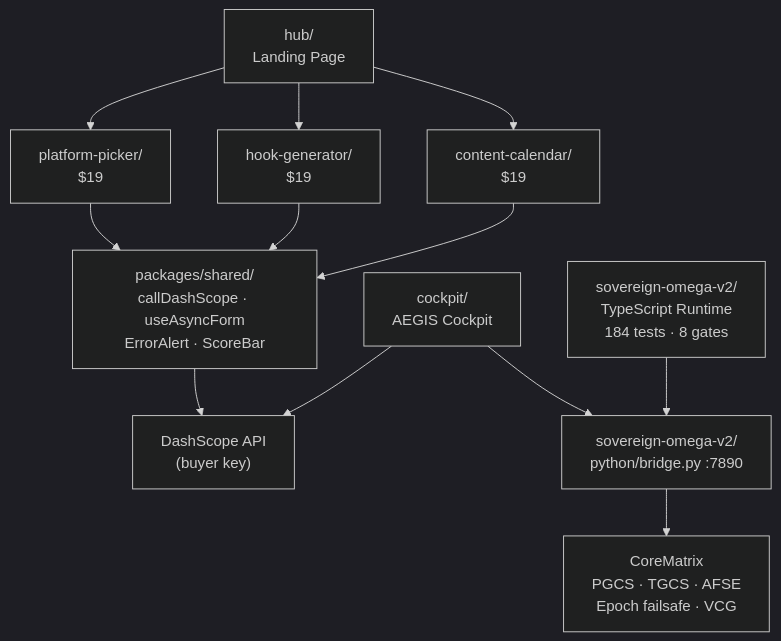
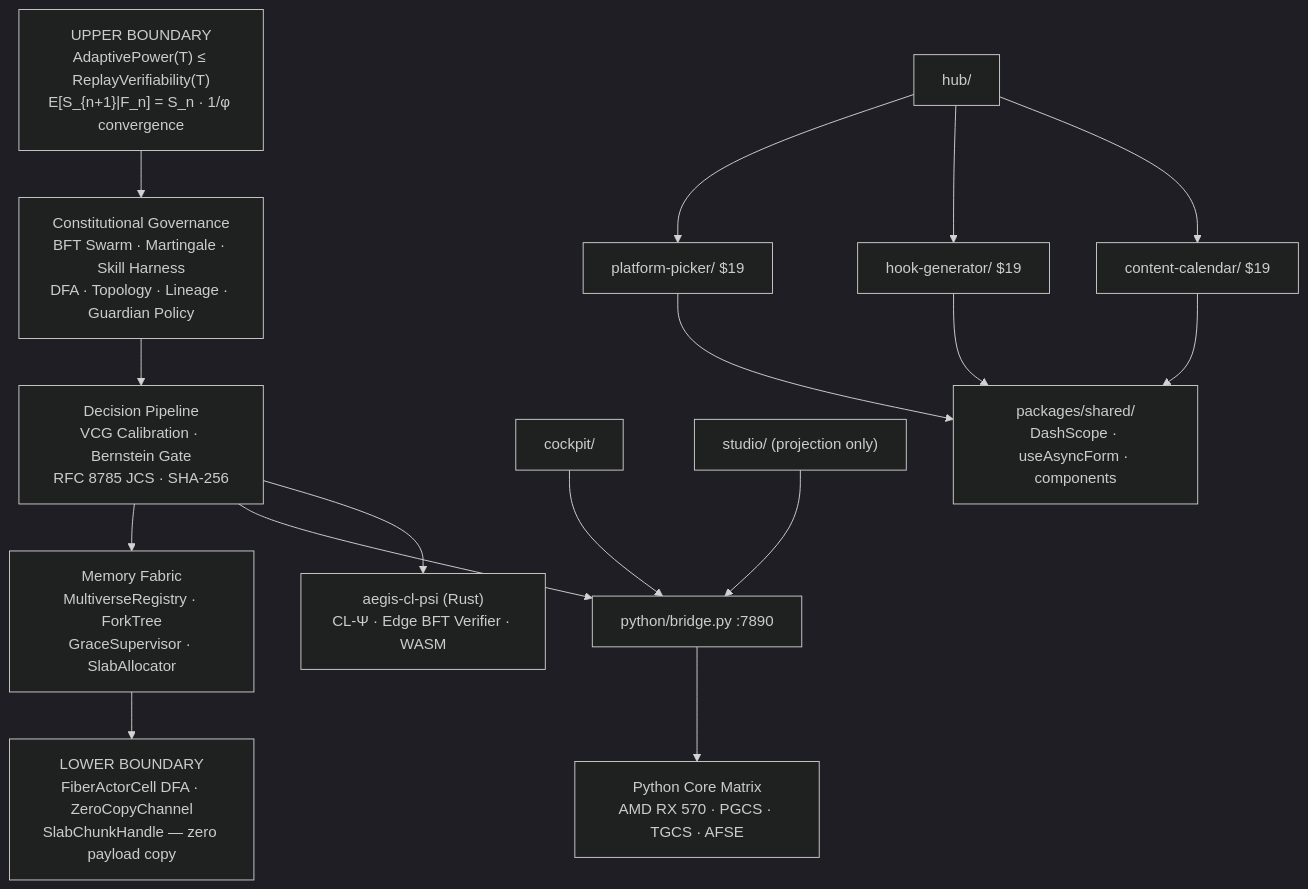
Before and after one commit to tarikskalic33/myapp: the diagram in README.md, drawn with Mermaid (dark theme). The commit also changed other lines of this file and 7 other files, not shown here.

````diff
--- a/README.md
+++ b/README.md
@@ -121,20 +162,21 @@
 ```mermaid
 graph TD
-    HUB["hub/<br/>Landing Page"]
-    HUB --> PP["platform-picker/<br/>$19"]
-    HUB --> HG["hook-generator/<br/>$19"]
-    HUB --> CC["content-calendar/<br/>$19"]
+    UB["UPPER BOUNDARY<br/>AdaptivePower(T) ≤ ReplayVerifiability(T)<br/>E[S_{n+1}|F_n] = S_n · 1/φ convergence"]
 
-    PP --> SHARED["packages/shared/<br/>callDashScope · useAsyncForm<br/>ErrorAlert · ScoreBar"]
-    HG --> SHARED
-    CC --> SHARED
-    SHARED --> DASH["DashScope API<br/>(buyer key)"]
+    UB --> GOV["Constitutional Governance<br/>BFT Swarm · Martingale · Skill Harness<br/>DFA · Topology · Lineage · Guardian Policy"]
+    GOV --> PIPE["Decision Pipeline<br/>VCG Calibration · Bernstein Gate<br/>RFC 8785 JCS · SHA-256"]
+    PIPE --> MF["Memory Fabric<br/>MultiverseRegistry · ForkTree<br/>GraceSupervisor · SlabAllocator"]
+    MF --> LB["LOWER BOUNDARY<br/>FiberActorCell DFA · ZeroCopyChannel<br/>SlabChunkHandle — zero payload copy"]
 
-    COCKPIT["cockpit/<br/>AEGIS Cockpit"]
-    COCKPIT --> DASH
-    COCKPIT --> BRIDGE["sovereign-omega-v2/<br/>python/bridge.py :7890"]
-    BRIDGE --> MATRIX["CoreMatrix<br/>PGCS · TGCS · AFSE<br/>Epoch failsafe · VCG"]
+    PIPE --> BRIDGE["python/bridge.py :7890"]
+    BRIDGE --> PY["Python Core Matrix<br/>AMD RX 570 · PGCS · TGCS · AFSE"]
+    PIPE --> RUST["aegis-cl-psi (Rust)<br/>CL-Ψ · Edge BFT Verifier · WASM"]
 
-    SOVTS["sovereign-omega-v2/<br/>TypeScript Runtime<br/>184 tests · 8 gates"]
-    SOVTS --> BRIDGE
+    COCKPIT["cockpit/"] --> BRIDGE
+    STUDIO["studio/ (projection only)"] --> BRIDGE
+
+    HUB["hub/"] --> PP["platform-picker/ $19"]
+    HUB --> HG["hook-generator/ $19"]
+    HUB --> CC["content-calendar/ $19"]
+    PP & HG & CC --> SHARED["packages/shared/<br/>DashScope · useAsyncForm · components"]
 ```
````
